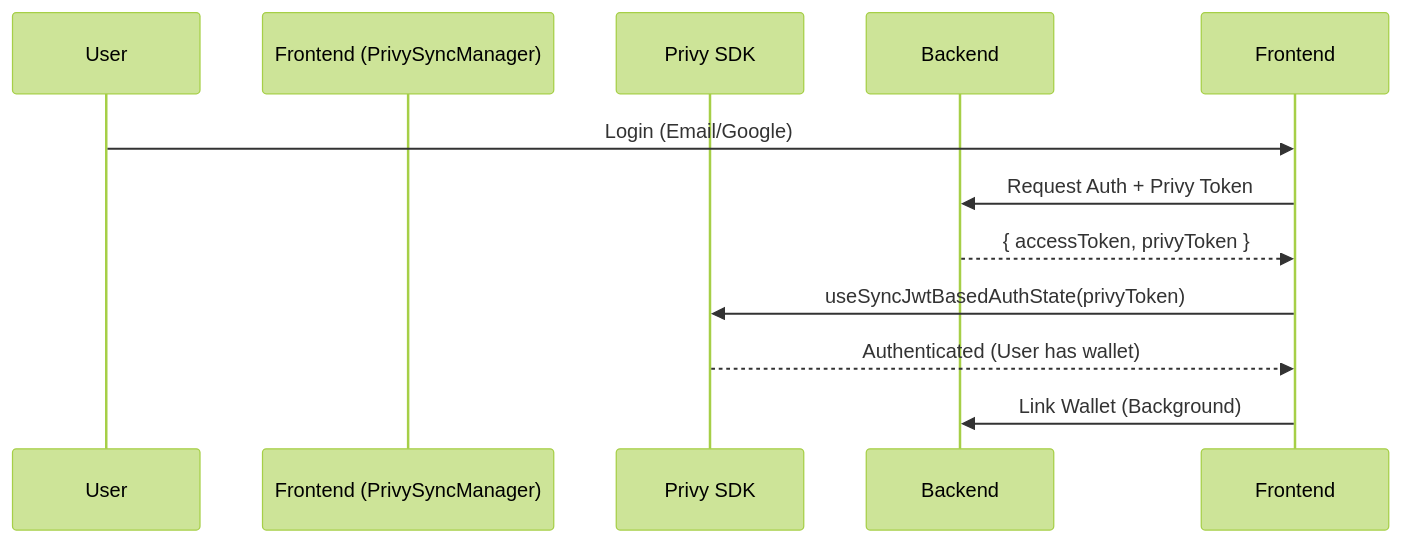
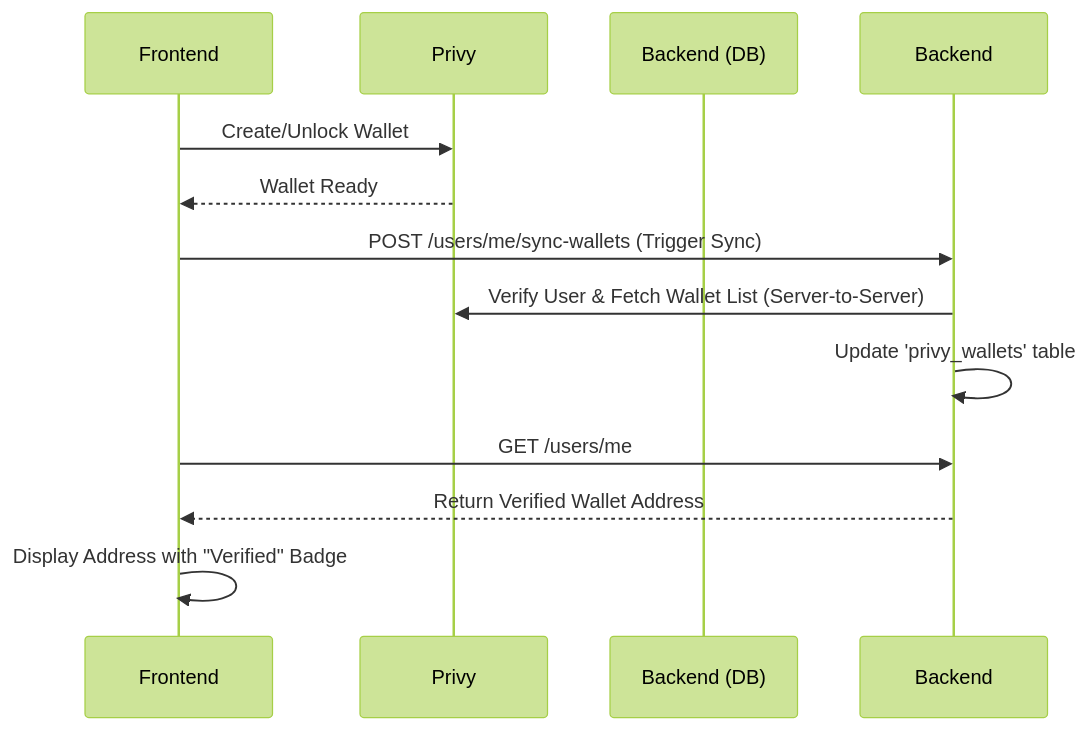
The fifth of 5 diagrams in doc/04-Authentication-Security.md (slzyoung/SeniQu), drawn with Mermaid (forest theme) before and after one commit. The commit also changed other lines of this file and 18 other files, not shown here.

````diff
--- a/doc/04-Authentication-Security.md
+++ b/doc/04-Authentication-Security.md
@@ -174,14 +178,15 @@
 ```mermaid
 sequenceDiagram
-    participant User
-    participant Frontend (PrivySyncManager)
-    participant Privy SDK
-    participant Backend
+    participant Frontend
+    participant Privy
+    participant Backend (DB)
 
-    User->>Frontend: Login (Email/Google)
-    Frontend->>Backend: Request Auth + Privy Token
-    Backend-->>Frontend: { accessToken, privyToken }
-    Frontend->>Privy SDK: useSyncJwtBasedAuthState(privyToken)
-    Privy SDK-->>Frontend: Authenticated (User has wallet)
-    Frontend->>Backend: Link Wallet (Background)
+    Frontend->>Privy: Create/Unlock Wallet
+    Privy-->>Frontend: Wallet Ready
+    Frontend->>Backend: POST /users/me/sync-wallets (Trigger Sync)
+    Backend->>Privy: Verify User & Fetch Wallet List (Server-to-Server)
+    Backend->>Backend: Update 'privy_wallets' table
+    Frontend->>Backend: GET /users/me
+    Backend-->>Frontend: Return Verified Wallet Address
+    Frontend->>Frontend: Display Address with "Verified" Badge
 ```
````
